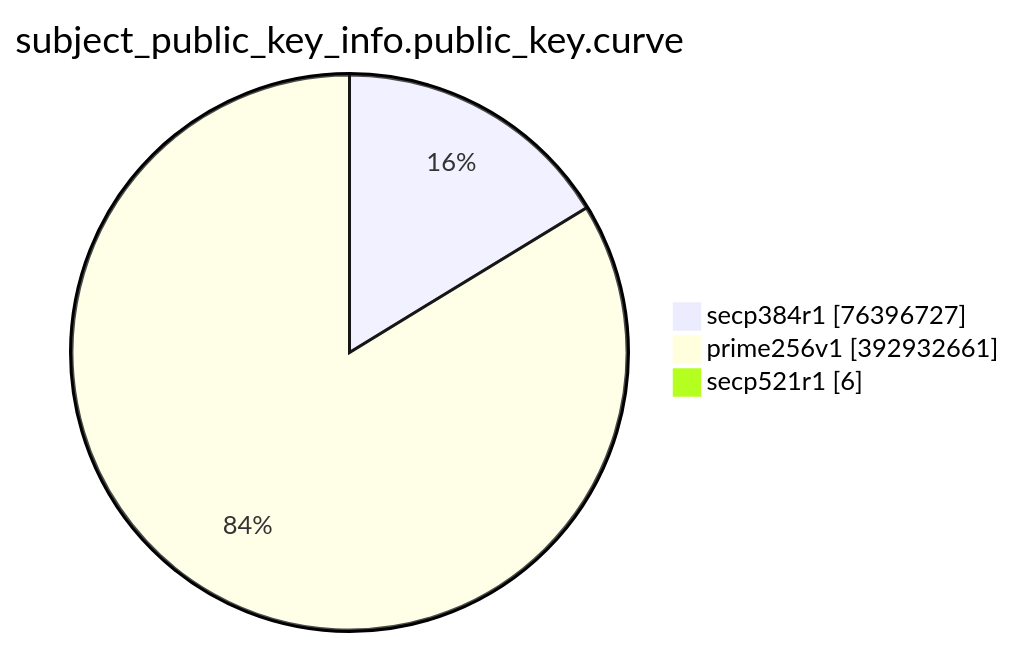
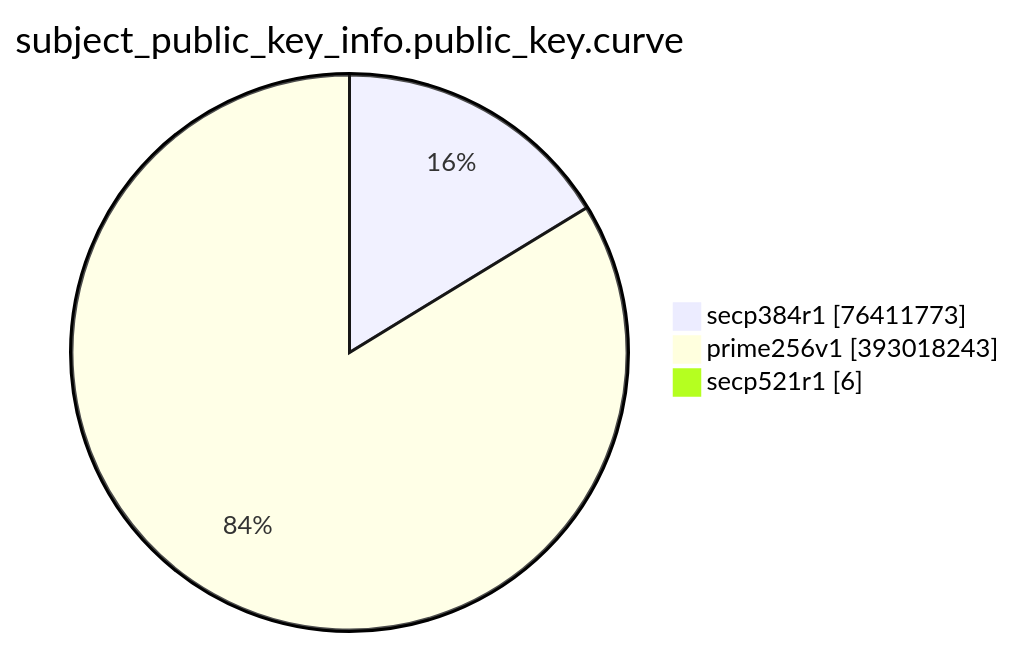
Before and after one commit to christiankrug/ctmonitor_visualization: the eighth of 15 diagrams in TOTAL/README.md, drawn with Mermaid. The commit also changed other lines of this file, not shown here.

````diff
--- a/TOTAL/README.md
+++ b/TOTAL/README.md
@@ -3094,7 +3094,7 @@
 ```mermaid
 pie showData
 title subject_public_key_info.public_key.curve
-"secp384r1" :76396727
-"prime256v1" :392932661
+"secp384r1" :76411773
+"prime256v1" :393018243
 "secp521r1" :6
 ```
````
